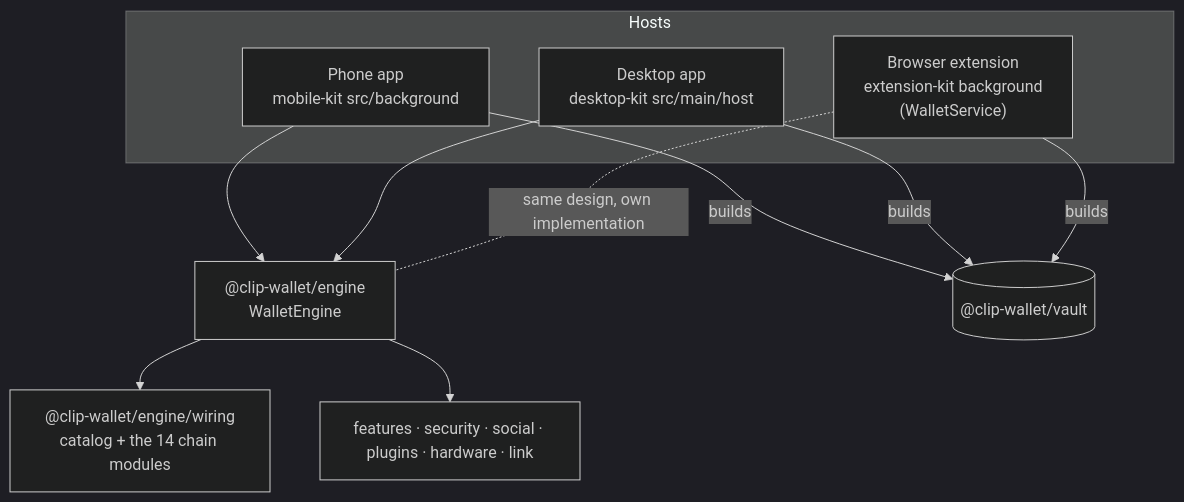
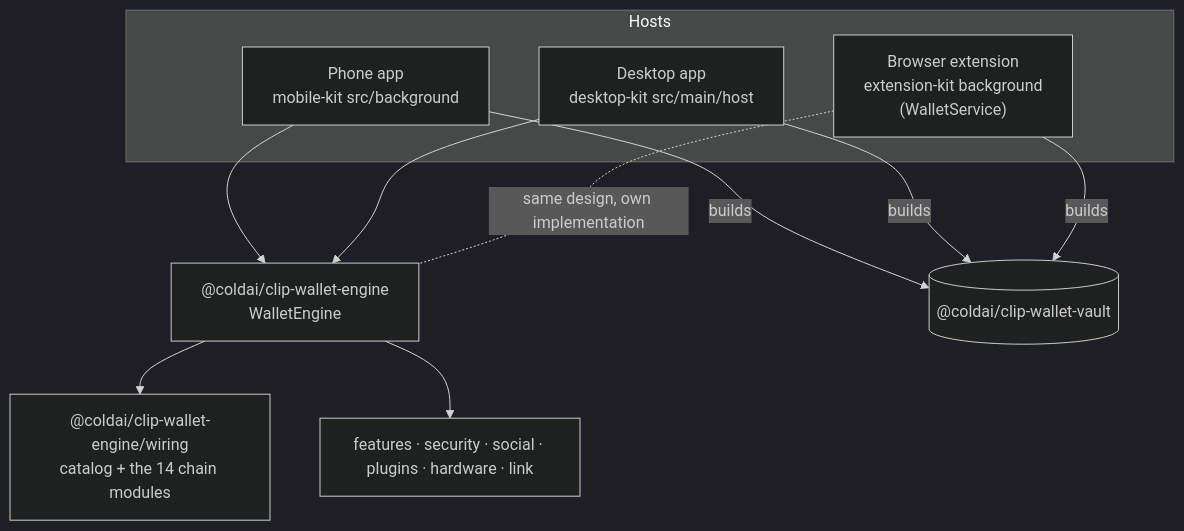
One commit to ColdAI-org/clip-wallet changed the diagram in apps/docs/src/architecture/engine.md. Above: the diagram before and after it, drawn with Mermaid (dark theme). The commit also changed other lines of this file and 1229 other files, not shown here.

First line of the commit message:
build: rename @clip-wallet/<name> to @coldai/clip-wallet-<name>

````diff
--- a/apps/docs/src/architecture/engine.md
+++ b/apps/docs/src/architecture/engine.md
@@ -8,20 +8,20 @@
 ```mermaid
 flowchart TB
   subgraph Hosts
     EXT["Browser extension<br/>extension-kit background<br/>(WalletService)"]
     MOB["Phone app<br/>mobile-kit src/background"]
     DESK["Desktop app<br/>desktop-kit src/main/host"]
   end
-  ENGINE["@clip-wallet/engine<br/>WalletEngine"]
-  WIRING["@clip-wallet/engine/wiring<br/>catalog + the 14 chain modules"]
-  VAULT[("@clip-wallet/vault")]
+  ENGINE["@coldai/clip-wallet-engine<br/>WalletEngine"]
+  WIRING["@coldai/clip-wallet-engine/wiring<br/>catalog + the 14 chain modules"]
+  VAULT[("@coldai/clip-wallet-vault")]
   SERVICES["features · security · social · plugins · hardware · link"]
   MOB --> ENGINE
   DESK --> ENGINE
   ENGINE --> WIRING
   ENGINE --> SERVICES
   MOB -- "builds" --> VAULT
   DESK -- "builds" --> VAULT
   EXT -- "builds" --> VAULT
   EXT -. "same design, own implementation" .- ENGINE
 ```
````
